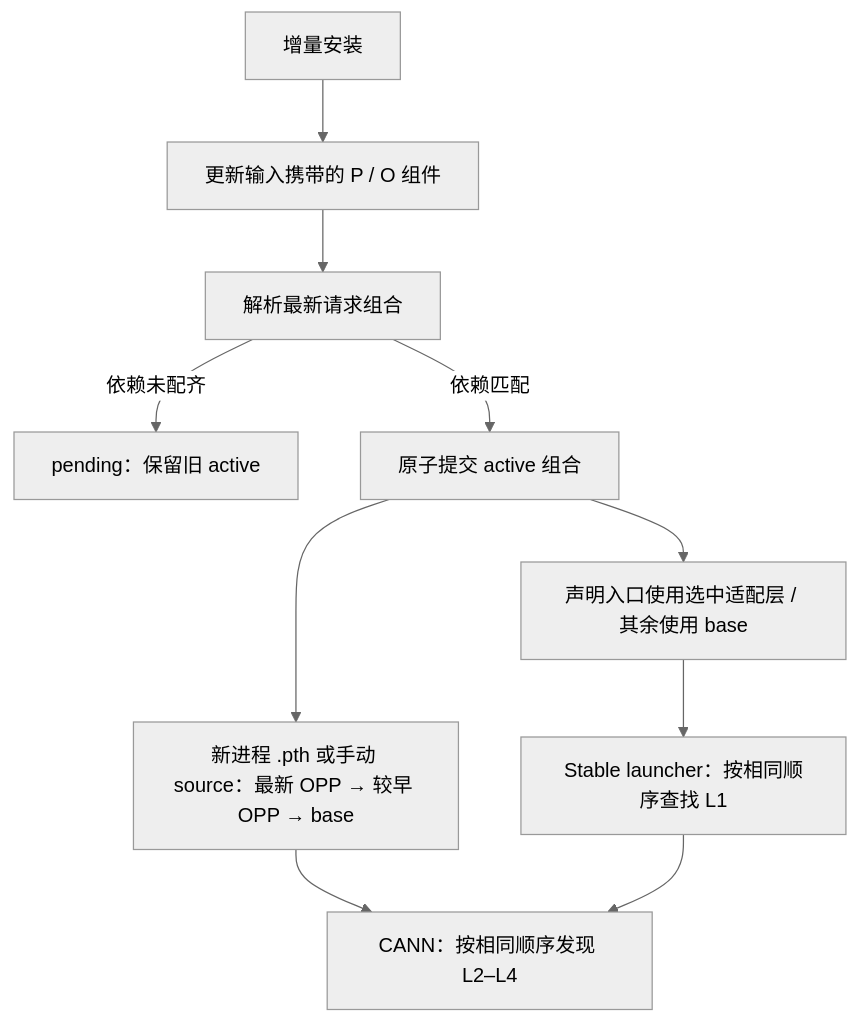
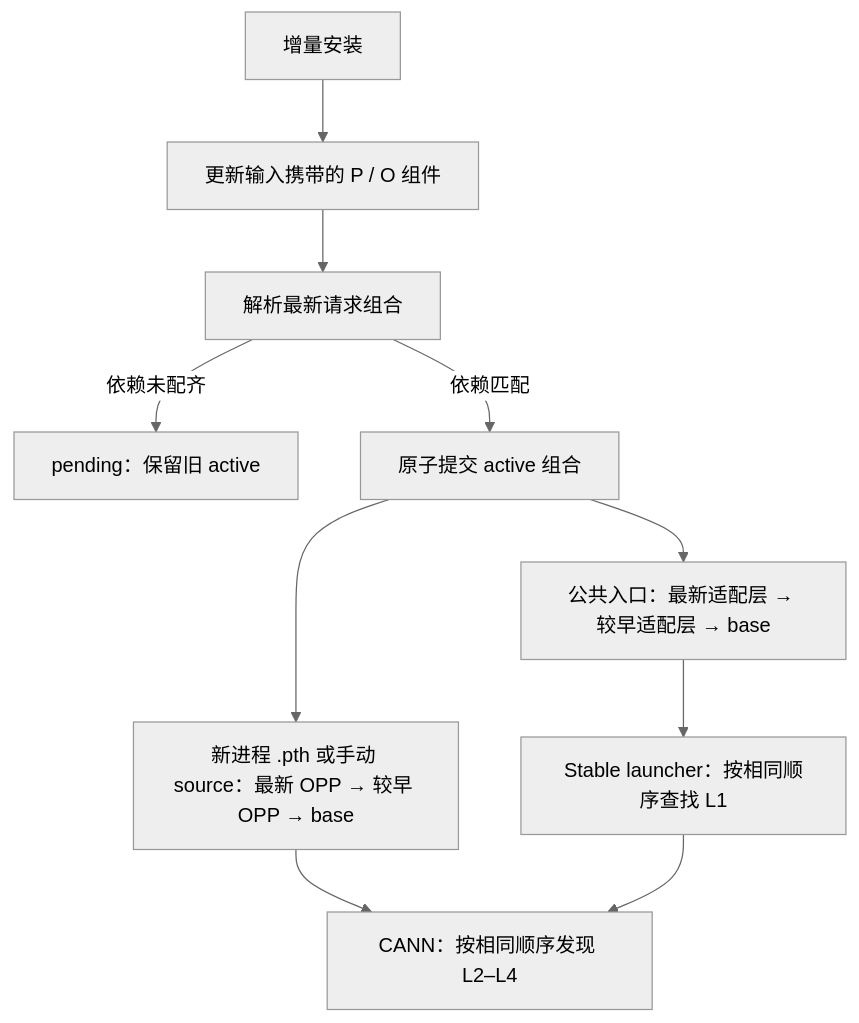
One commit to flashserve/flash-linear-attention-npu changed the diagram in docs/OPP叠加层增量设计.md. Above: the diagram before and after it, drawn with Mermaid (neutral theme). The commit also changed other lines of this file and 6 other files, not shown here.

````diff
--- a/docs/OPP叠加层增量设计.md
+++ b/docs/OPP叠加层增量设计.md
@@ -50,12 +51,12 @@
 ```mermaid
 flowchart TD
     I[增量安装] --> P[更新输入携带的 P / O 组件]
     P --> R[解析最新请求组合]
     R -->|依赖未配齐| Q[pending：保留旧 active]
     R -->|依赖匹配| A[原子提交 active 组合]
     A --> E[新进程 .pth 或手动 source：最新 OPP → 较早 OPP → base]
-    A --> W[声明入口使用选中适配层 / 其余使用 base]
+    A --> W[公共入口：最新适配层 → 较早适配层 → base]
     E --> C[CANN：按相同顺序发现 L2–L4]
     W --> H[Stable launcher：按相同顺序查找 L1]
     H --> C
 ```
````
